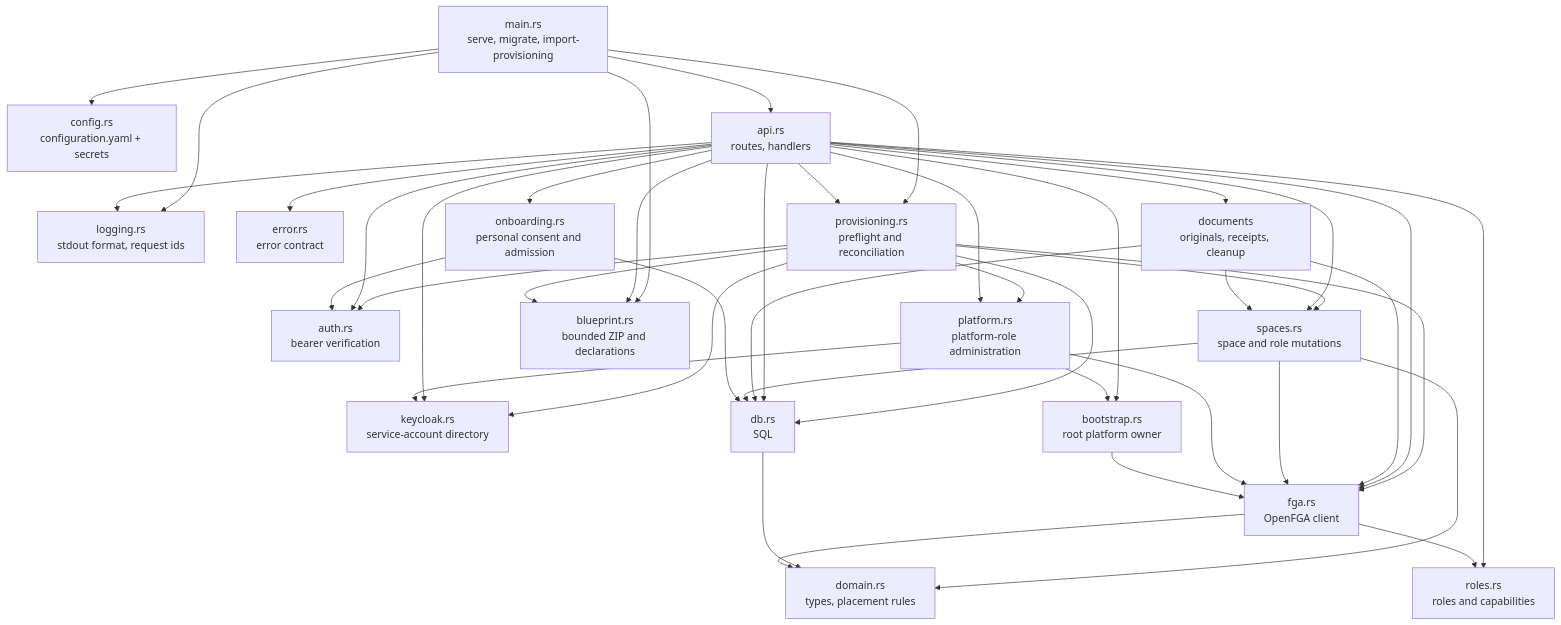
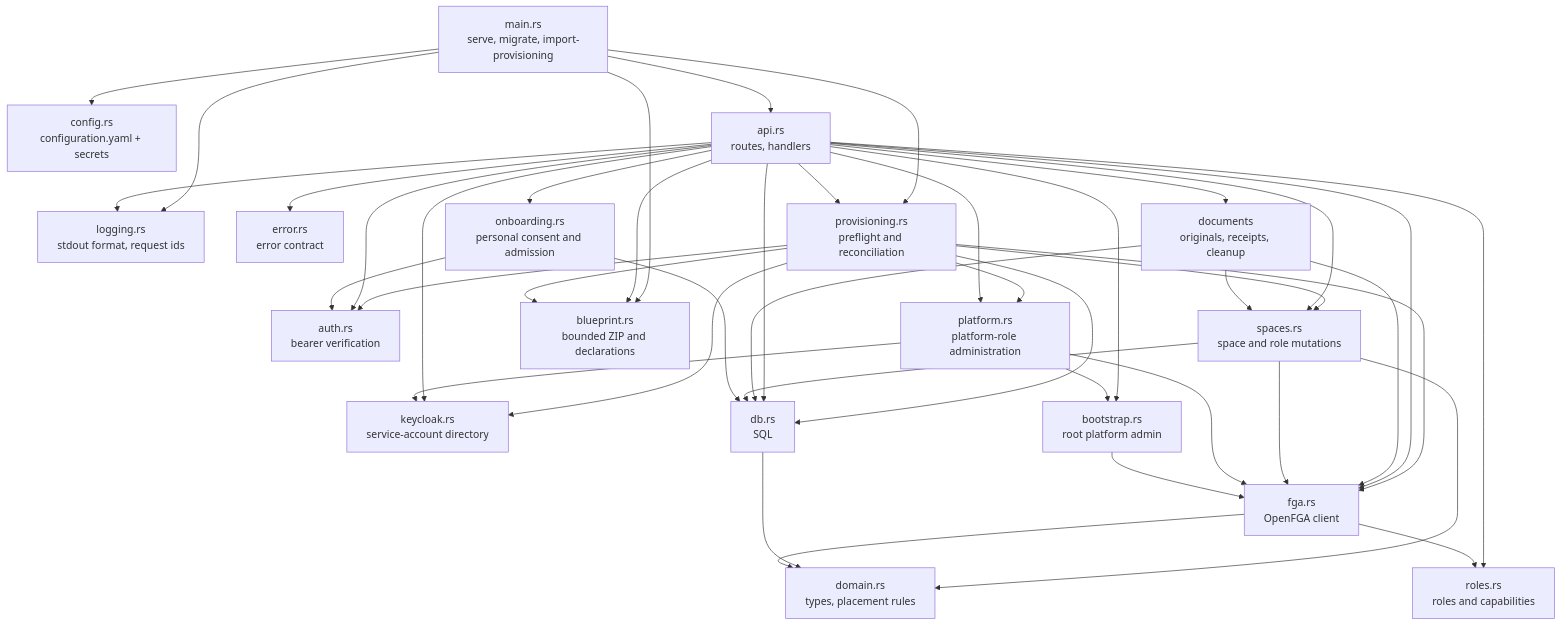
One commit to ThalesGroup/fred changed the second of 11 diagrams in docs/architecture/A1-manager-runtime.md. Above: the diagram before and after it, drawn with Mermaid. The commit also changed other lines of this file and 82 other files, not shown here.

````diff
--- a/docs/architecture/A1-manager-runtime.md
+++ b/docs/architecture/A1-manager-runtime.md
@@ -58,37 +58,37 @@
 ```mermaid
 flowchart TB
     main["main.rs<br/>serve, migrate, import-provisioning"]
     config["config.rs<br/>configuration.yaml + secrets"]
     logging["logging.rs<br/>stdout format, request ids"]
     api["api.rs<br/>routes, handlers"]
     auth["auth.rs<br/>bearer verification"]
     error["error.rs<br/>error contract"]
     spaces["spaces.rs<br/>space and role mutations"]
     provisioning["provisioning.rs<br/>preflight and reconciliation"]
     blueprint["blueprint.rs<br/>bounded ZIP and declarations"]
     platform["platform.rs<br/>platform-role administration"]
     roles["roles.rs<br/>roles and capabilities"]
     directory["keycloak.rs<br/>service-account directory"]
     onboarding["onboarding.rs<br/>personal consent and admission"]
-    bootstrap["bootstrap.rs<br/>root platform owner"]
+    bootstrap["bootstrap.rs<br/>root platform admin"]
     domain["domain.rs<br/>types, placement rules"]
     db["db.rs<br/>SQL"]
     documents["documents<br/>originals, receipts, cleanup"]
     fga["fga.rs<br/>OpenFGA client"]
 
     main --> config & logging & api & provisioning & blueprint
     api --> provisioning & blueprint
     provisioning --> blueprint
     provisioning --> auth & platform & directory & db & fga & spaces
     api --> auth & error & spaces & bootstrap & db & fga & logging
     api --> documents
     documents --> spaces & db & fga
     spaces --> domain & db & fga
     api --> platform & roles & directory & onboarding
     onboarding --> auth & db
     platform --> bootstrap & directory & fga
     fga --> roles
     bootstrap --> fga
     db --> domain
     fga --> domain
 ```
````
